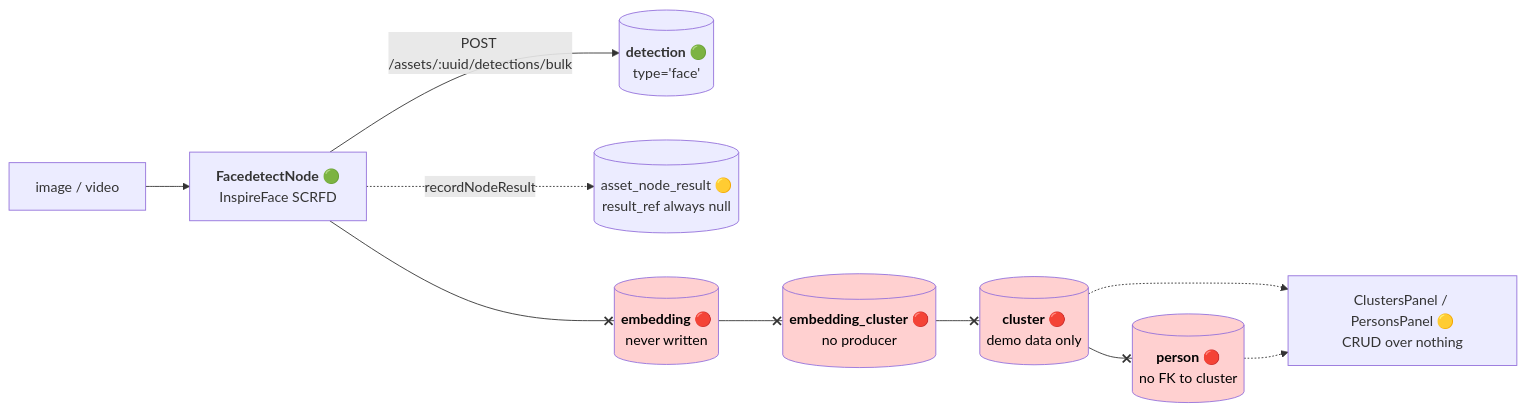
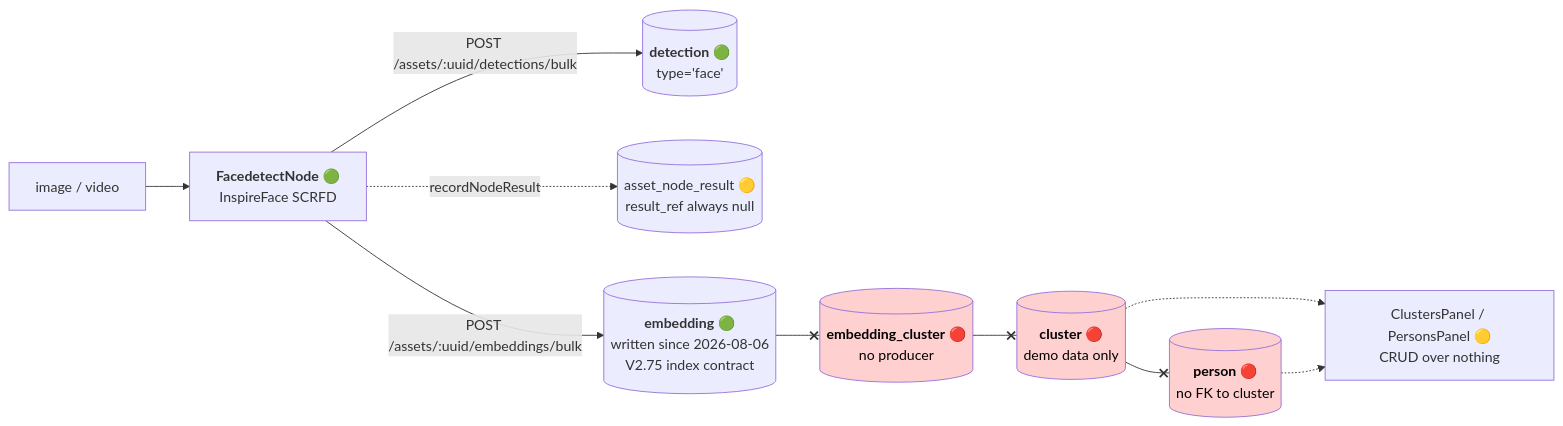
The first of 2 diagrams in spec/workflows/WORKFLOW_FACE.md (metaloom/metaloom), drawn with Mermaid before and after one commit. The commit also changed other lines of this file and 15 other files, not shown here.

````diff
--- a/spec/workflows/WORKFLOW_FACE.md
+++ b/spec/workflows/WORKFLOW_FACE.md
@@ -49,19 +55,19 @@
 ```mermaid
 flowchart LR
     IMG["image / video"] --> FD["<b>FacedetectNode</b> 🟢<br/>InspireFace SCRFD"]
     FD -->|"POST /assets/:uuid/detections/bulk"| DET[("<b>detection</b> 🟢<br/>type='face'")]
     FD -.->|"recordNodeResult"| LEDGER[("asset_node_result 🟡<br/>result_ref always null")]
 
-    FD --x EMB[("<b>embedding</b> 🔴<br/>never written")]
+    FD -->|"POST /assets/:uuid/embeddings/bulk"| EMB[("<b>embedding</b> 🟢<br/>written since 2026-08-06<br/>V2.75 index contract")]
     EMB --x EC[("<b>embedding_cluster</b> 🔴<br/>no producer")]
     EC --x CL[("<b>cluster</b> 🔴<br/>demo data only")]
     CL --x PER[("<b>person</b> 🔴<br/>no FK to cluster")]
 
     CL -.-> UI["ClustersPanel / PersonsPanel 🟡<br/>CRUD over nothing"]
     PER -.-> UI
 
-    style EMB fill:#ffd0d0,color:#000
+    
     style EC fill:#ffd0d0,color:#000
     style CL fill:#ffd0d0,color:#000
     style PER fill:#ffd0d0,color:#000
 ```
````
